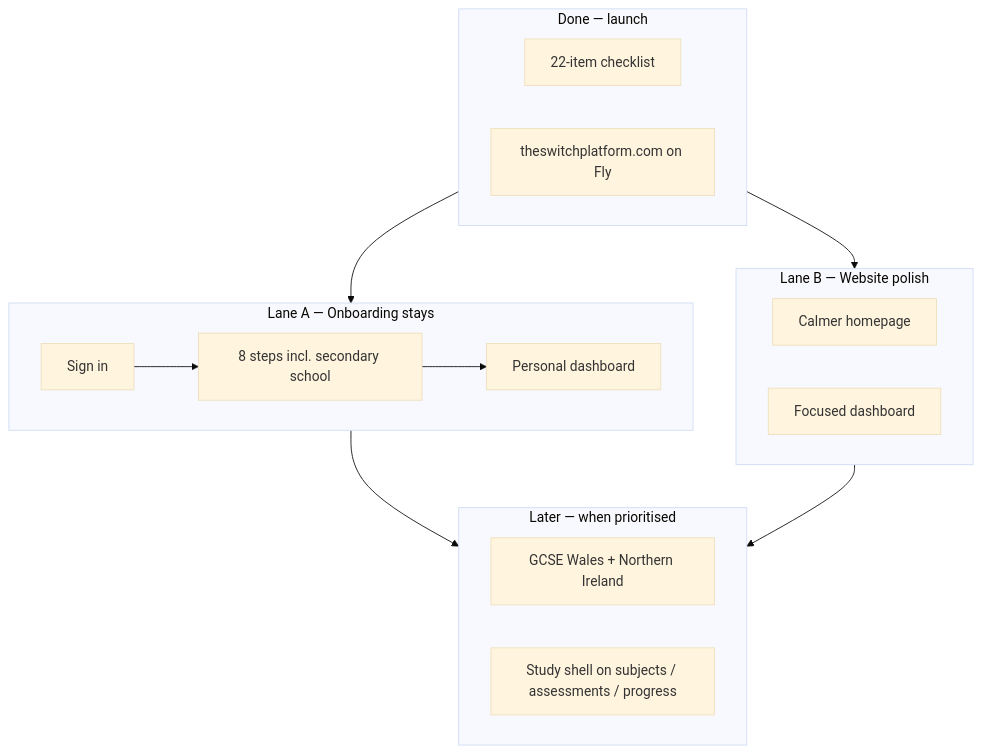
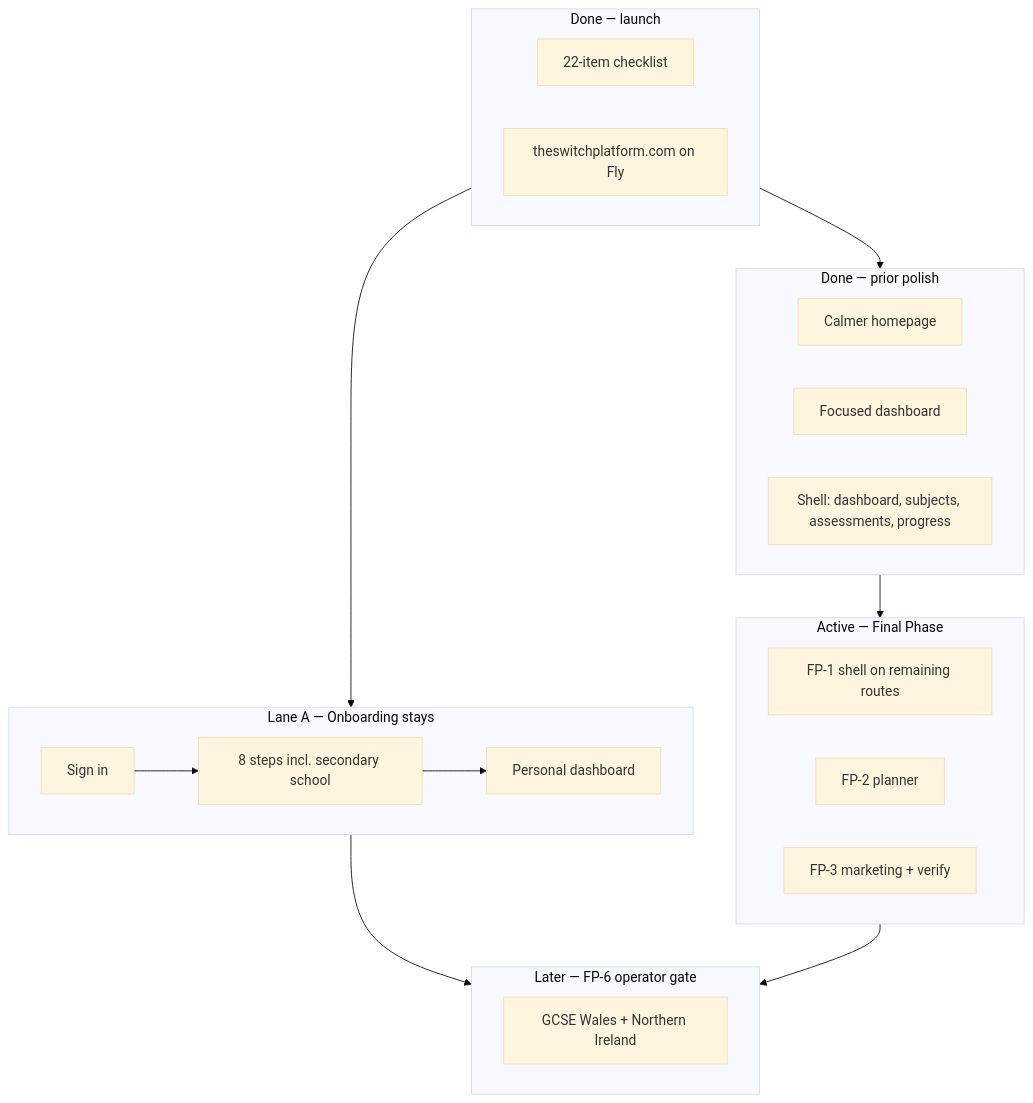
The first of 7 diagrams in HANDOFF.md (tech-fresh/the-switch-platform), drawn with Mermaid (base theme) before and after one commit. The commit also changed other lines of this file and 57 other files, not shown here.

First line of the commit message:
Complete Final Phase Priority C — shell, focus mode, planner, and recovery.

````diff
--- a/HANDOFF.md
+++ b/HANDOFF.md
@@ -129,25 +130,31 @@
 ```mermaid
 flowchart TD
   subgraph done["Done — launch"]
     D1["22-item checklist"]
     D2["theswitchplatform.com on Fly"]
   end
   subgraph laneA["Lane A — Onboarding stays"]
     A1["Sign in"]
     A2["8 steps incl. secondary school"]
     A3["Personal dashboard"]
     A1 --> A2 --> A3
   end
-  subgraph laneB["Lane B — Website polish"]
+  subgraph donePolish["Done — prior polish"]
     B1["Calmer homepage"]
     B2["Focused dashboard"]
+    B3["Shell: dashboard, subjects, assessments, progress"]
   end
-  subgraph later["Later — when prioritised"]
+  subgraph final["Active — Final Phase"]
+    F1["FP-1 shell on remaining routes"]
+    F2["FP-2 planner"]
+    F3["FP-3 marketing + verify"]
+  end
+  subgraph later["Later — FP-6 operator gate"]
     L1["GCSE Wales + Northern Ireland"]
-    L2["Study shell on subjects / assessments / progress"]
   end
   done --> laneA
-  done --> laneB
+  done --> donePolish
+  donePolish --> final
   laneA --> later
-  laneB --> later
+  final --> later
 ```
````
